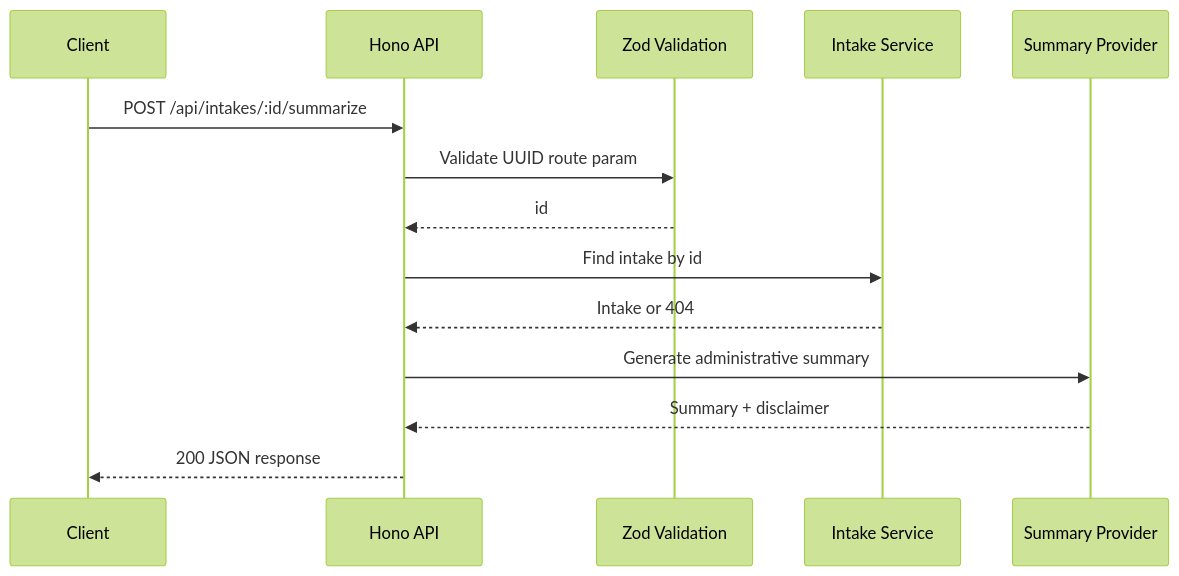
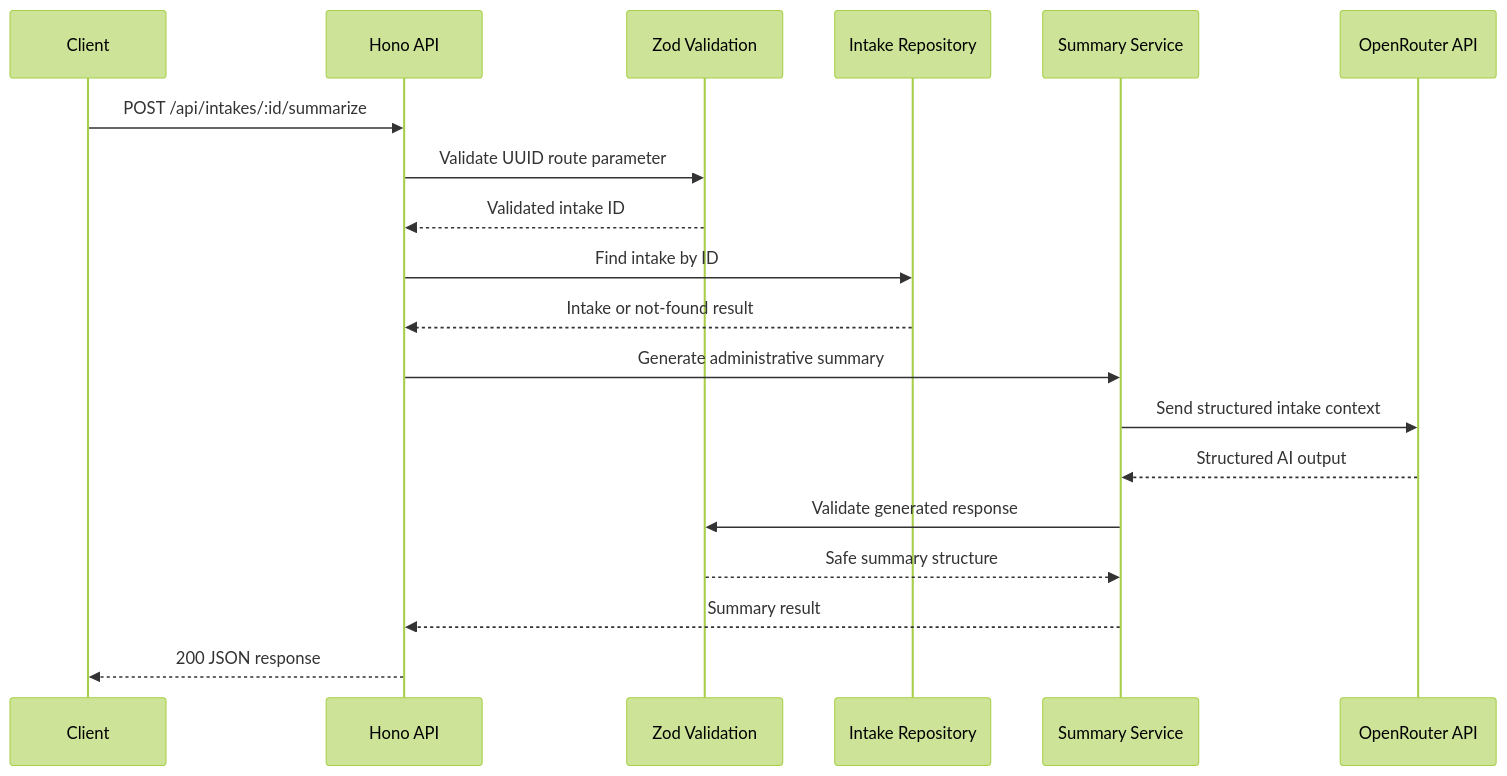
The second of 3 diagrams in README.md (vlerejanaselmani/careflow-ai-api), drawn with Mermaid (forest theme) before and after one commit. The commit also changed other lines of this file, not shown here.

````diff
--- a/README.md
+++ b/README.md
@@ -56,17 +141,22 @@
 ```mermaid
 sequenceDiagram
-  participant Client
-  participant API as Hono API
-  participant Validation as Zod Validation
-  participant Intake as Intake Service
-  participant AI as Summary Provider
+    participant Client
+    participant API as Hono API
+    participant Validation as Zod Validation
+    participant Repository as Intake Repository
+    participant Service as Summary Service
+    participant OpenRouter as OpenRouter API
 
-  Client->>API: POST /api/intakes/:id/summarize
-  API->>Validation: Validate UUID route param
-  Validation-->>API: id
-  API->>Intake: Find intake by id
-  Intake-->>API: Intake or 404
-  API->>AI: Generate administrative summary
-  AI-->>API: Summary + disclaimer
-  API-->>Client: 200 JSON response
+    Client->>API: POST /api/intakes/:id/summarize
+    API->>Validation: Validate UUID route parameter
+    Validation-->>API: Validated intake ID
+    API->>Repository: Find intake by ID
+    Repository-->>API: Intake or not-found result
+    API->>Service: Generate administrative summary
+    Service->>OpenRouter: Send structured intake context
+    OpenRouter-->>Service: Structured AI output
+    Service->>Validation: Validate generated response
+    Validation-->>Service: Safe summary structure
+    Service-->>API: Summary result
+    API-->>Client: 200 JSON response
 ```
````
